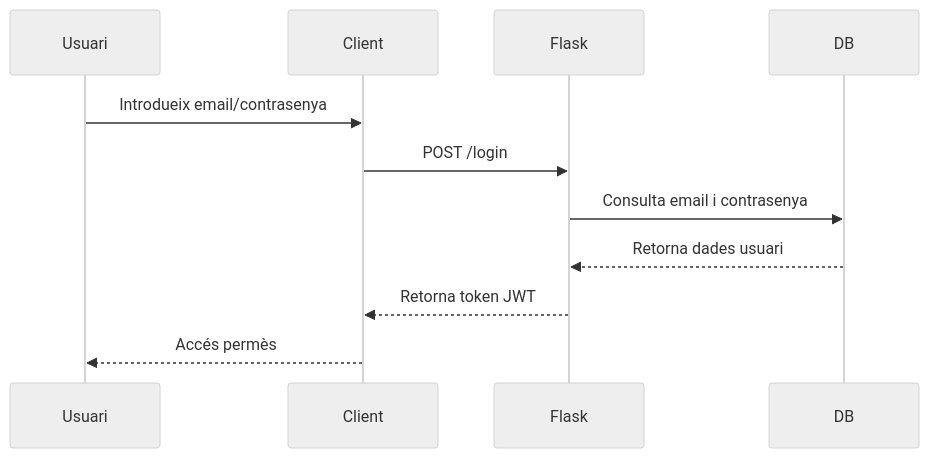
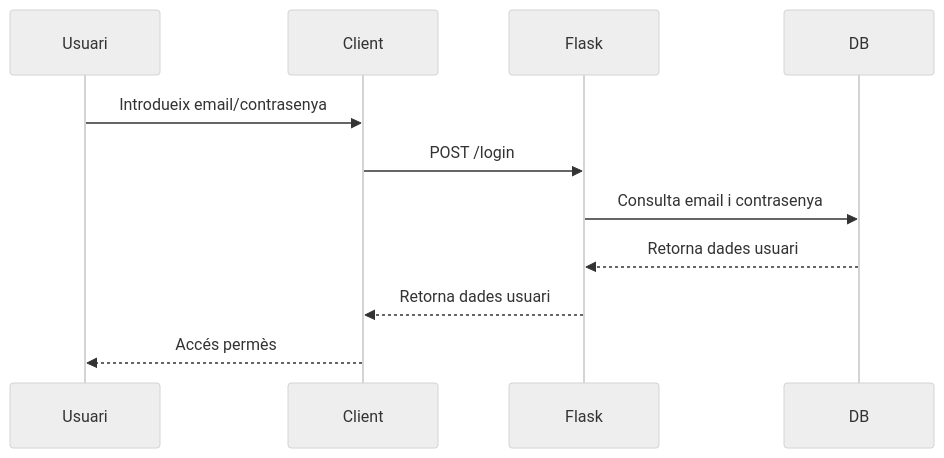
Before and after one commit to dnwits/projecte_entorns: the diagram in diagrames/d_secuencia_login.mermaid, drawn with Mermaid (neutral theme).

Commit message:
diagrama secuencia actu

```diff
--- a/diagrames/d_secuencia_login.mermaid
+++ b/diagrames/d_secuencia_login.mermaid
@@ -1,12 +1,12 @@
 sequenceDiagram
   participant Usuari
   participant Client
   participant Flask
   participant DB
 
   Usuari->>Client: Introdueix email/contrasenya
   Client->>Flask: POST /login
   Flask->>DB: Consulta email i contrasenya
   DB-->>Flask: Retorna dades usuari
-  Flask-->>Client: Retorna token JWT
+  Flask-->>Client: Retorna dades usuari
   Client-->>Usuari: Accés permès
```
